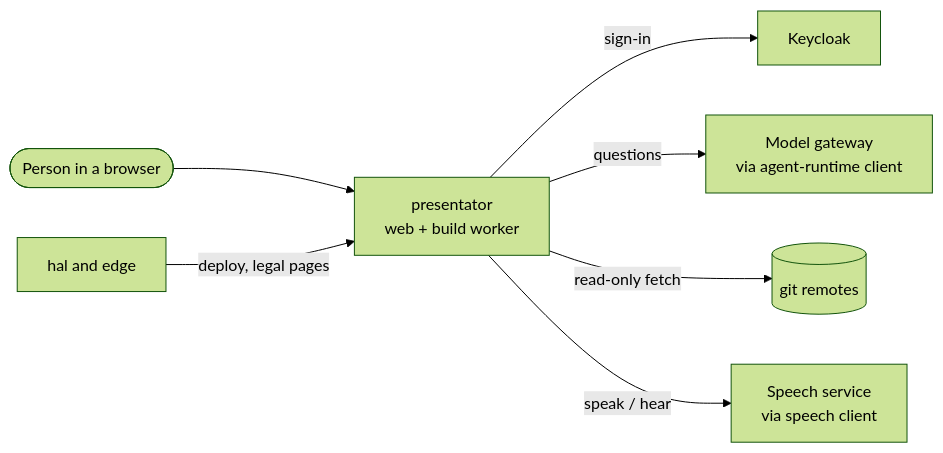
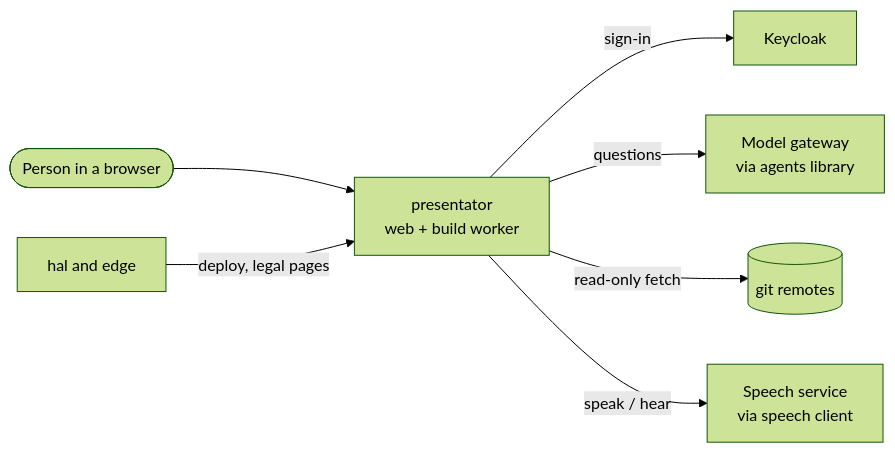
The first of 3 diagrams in docs/ARCHITECTURE.md (overnightworks/presentator), drawn with Mermaid (forest theme) before and after one commit. The commit also changed other lines of this file and 29 other files, not shown here.

First line of the commit message:
presentator takes the agents library v0.29.0 and words a stop by its outcome (#1008)

````diff
--- a/docs/ARCHITECTURE.md
+++ b/docs/ARCHITECTURE.md
@@ -14,10 +14,10 @@
 ```mermaid
 flowchart LR
     person([Person in a browser]) --> presentator
     presentator[presentator<br/>web + build worker]
     presentator -- sign-in --> keycloak[Keycloak]
-    presentator -- questions --> gateway[Model gateway<br/>via agent-runtime client]
+    presentator -- questions --> gateway[Model gateway<br/>via agents library]
     presentator -- read-only fetch --> git[(git remotes)]
     presentator -- speak / hear --> speech[Speech service<br/>via speech client]
     hal[hal and edge] -- deploy, legal pages --> presentator
 ```
````
